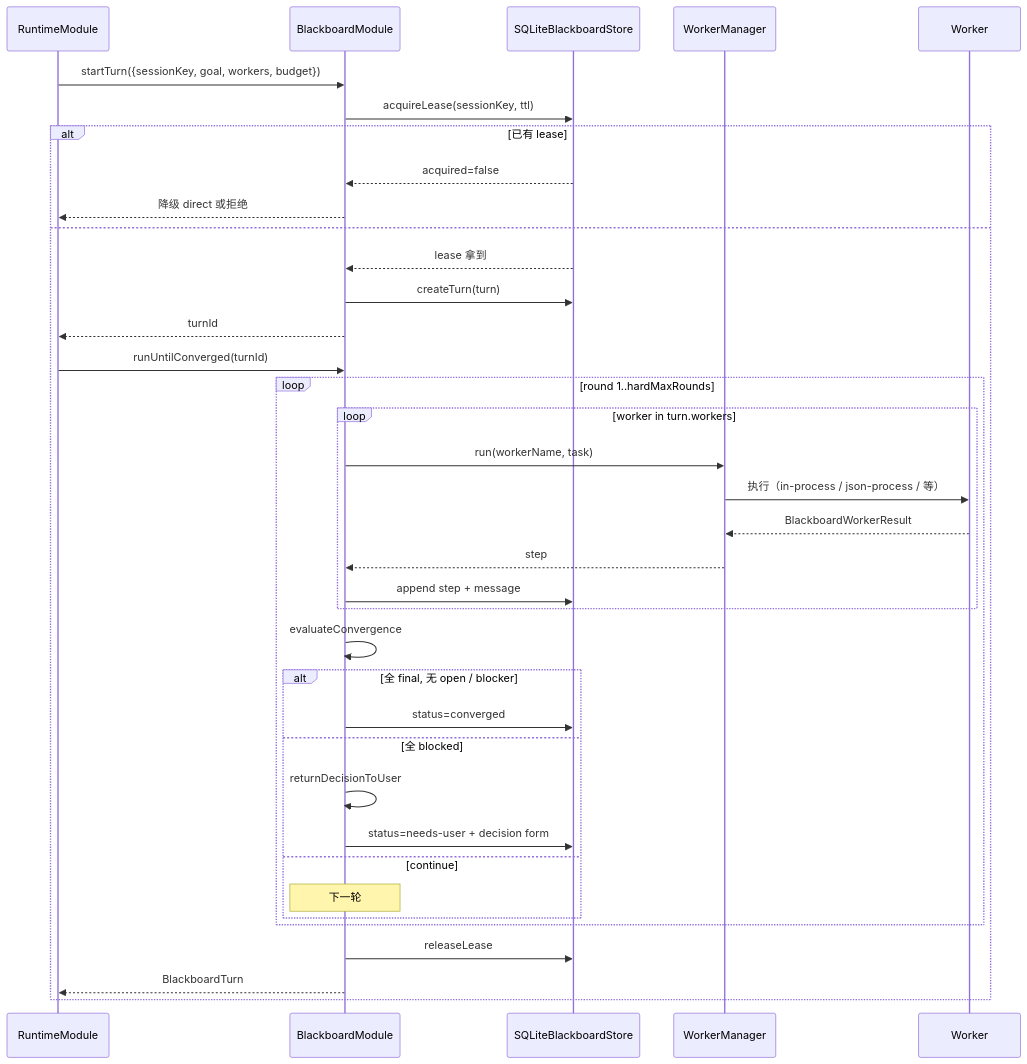
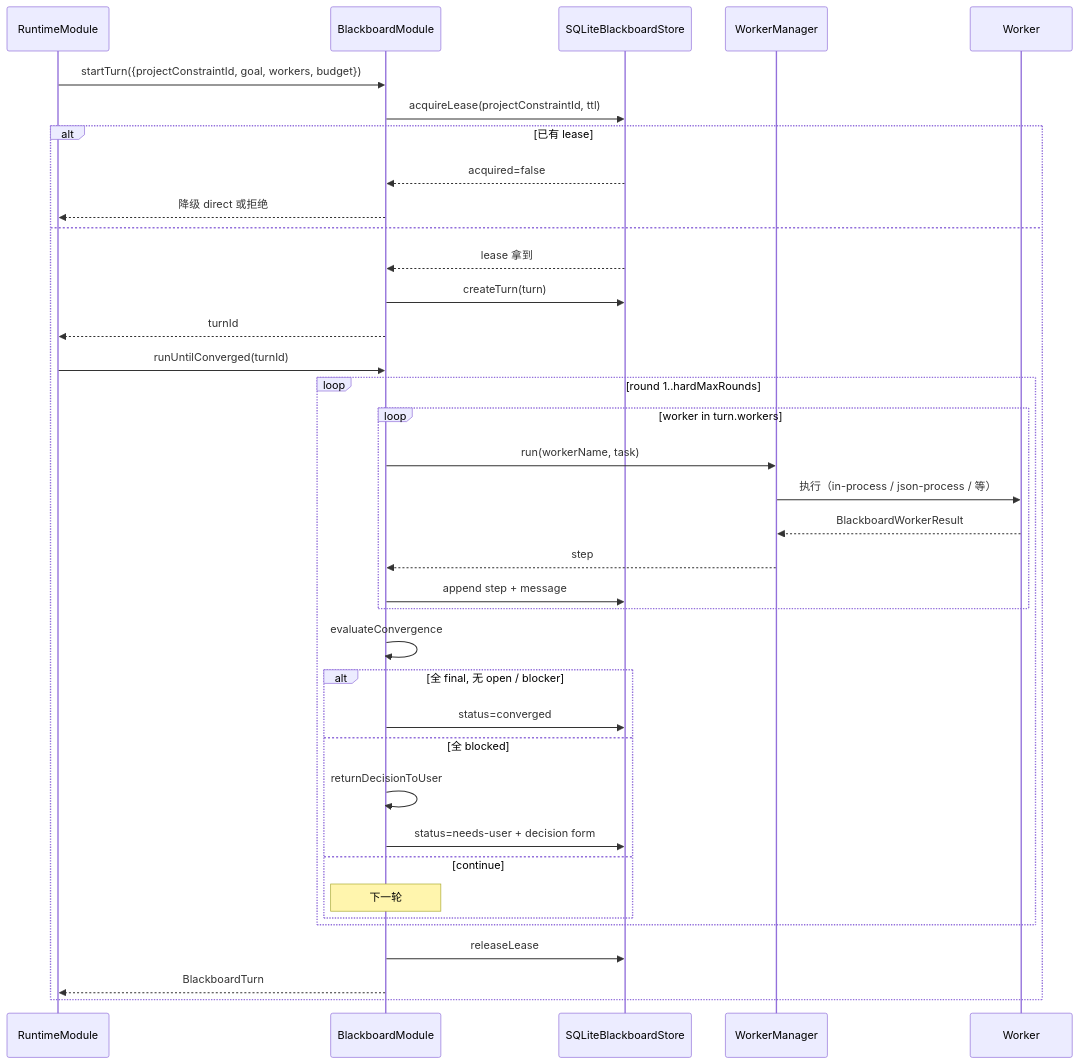
Before and after one commit to flyflor/flyflor: the second of 3 diagrams in docs/blackboard.md, drawn with Mermaid. The commit also changed other lines of this file and 83 other files, not shown here.

````diff
--- a/docs/blackboard.md
+++ b/docs/blackboard.md
@@ -61,39 +61,39 @@
 ```mermaid
 sequenceDiagram
     participant RT as RuntimeModule
     participant BB as BlackboardModule
     participant Store as SQLiteBlackboardStore
     participant WM as WorkerManager
     participant W as Worker
-    RT->>BB: startTurn({sessionKey, goal, workers, budget})
-    BB->>Store: acquireLease(sessionKey, ttl)
+    RT->>BB: startTurn({projectConstraintId, goal, workers, budget})
+    BB->>Store: acquireLease(projectConstraintId, ttl)
     alt 已有 lease
         Store-->>BB: acquired=false
         BB-->>RT: 降级 direct 或拒绝
     else
         Store-->>BB: lease 拿到
         BB->>Store: createTurn(turn)
         BB-->>RT: turnId
         RT->>BB: runUntilConverged(turnId)
         loop round 1..hardMaxRounds
             loop worker in turn.workers
                 BB->>WM: run(workerName, task)
                 WM->>W: 执行（in-process / json-process / 等）
                 W-->>WM: BlackboardWorkerResult
                 WM-->>BB: step
                 BB->>Store: append step + message
             end
             BB->>BB: evaluateConvergence
             alt 全 final, 无 open / blocker
                 BB->>Store: status=converged
             else 全 blocked
                 BB->>BB: returnDecisionToUser
                 BB->>Store: status=needs-user + decision form
             else continue
                 Note over BB: 下一轮
             end
         end
         BB->>Store: releaseLease
         BB-->>RT: BlackboardTurn
     end
 ```
````
